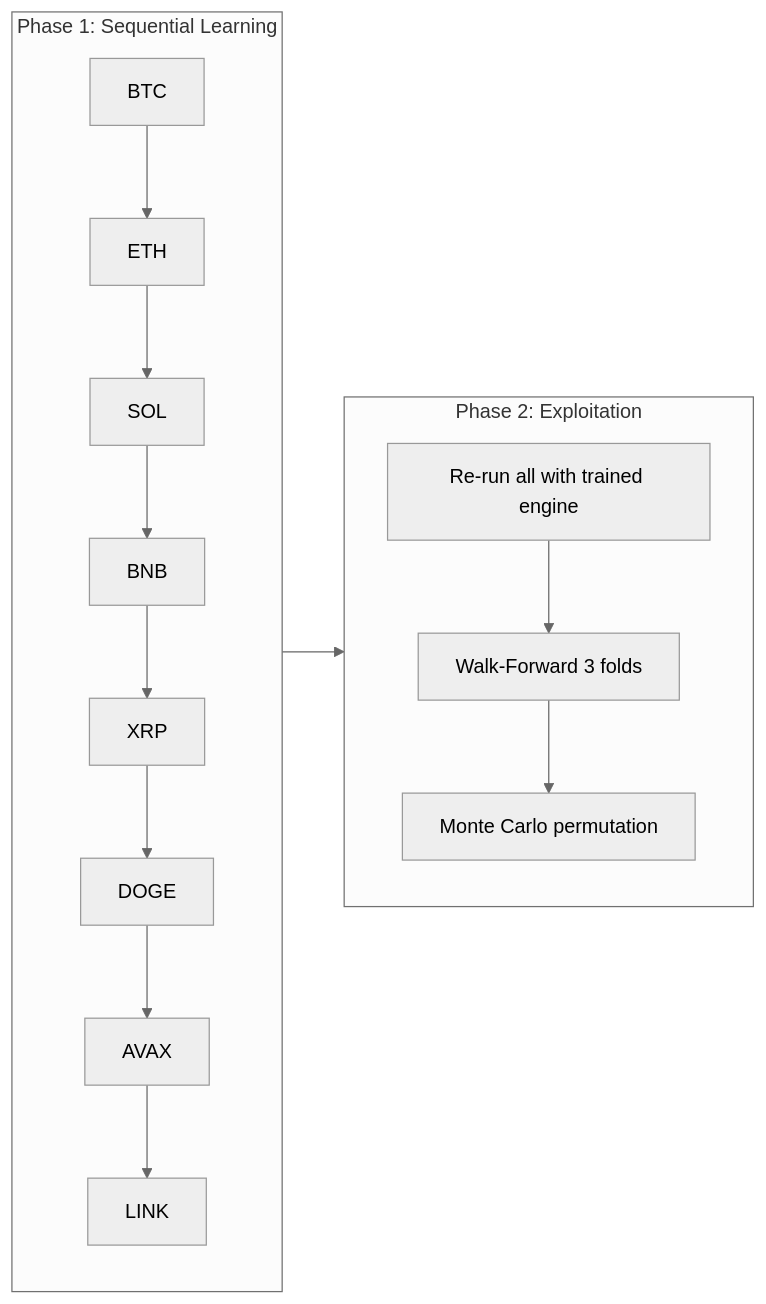
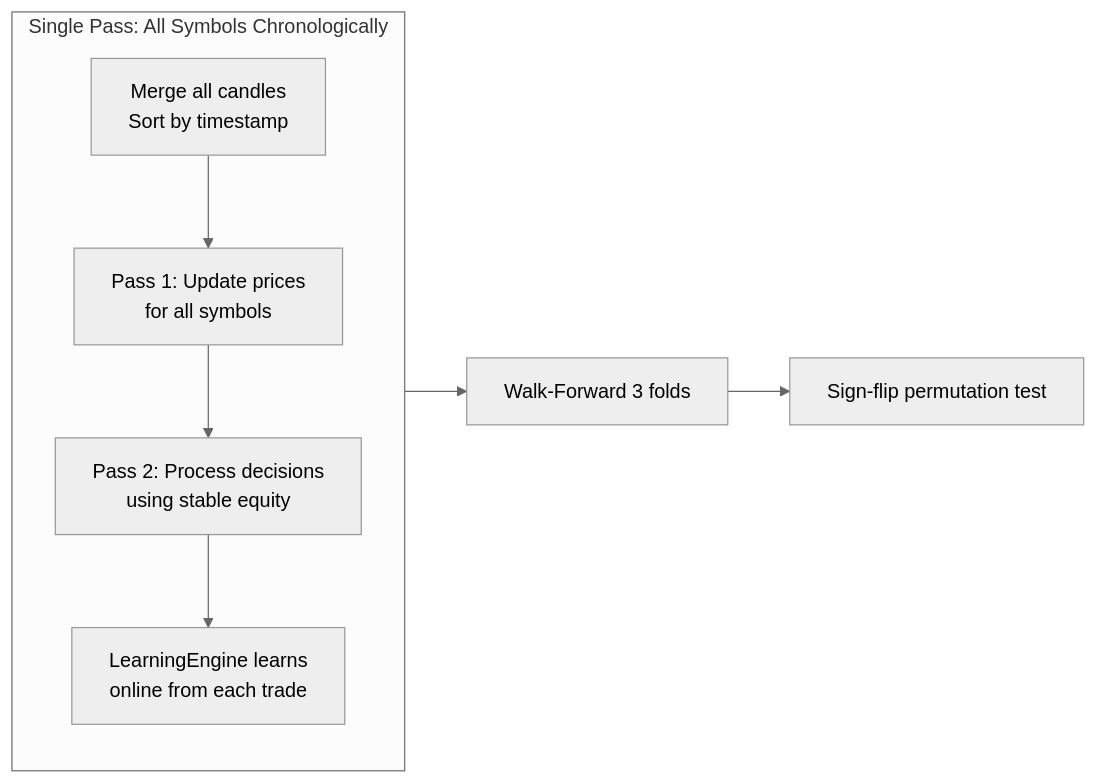
One commit to krejcif/rdex changed the second of 3 diagrams in docs/01-overview.md. Above: the diagram before and after it, drawn with Mermaid (neutral theme). The commit also changed other lines of this file and 13 other files, not shown here.

````diff
--- a/docs/01-overview.md
+++ b/docs/01-overview.md
@@ -54,13 +54,11 @@
 ```mermaid
 graph LR
-    subgraph Phase1[Phase 1: Sequential Learning]
-        BTC --> ETH --> SOL --> BNB --> XRP --> DOGE --> AVAX --> LINK
+    subgraph Interleaved[Single Pass: All Symbols Chronologically]
+        Timeline["Merge all candles<br/>Sort by timestamp"] --> Pass1["Pass 1: Update prices<br/>for all symbols"]
+        Pass1 --> Pass2["Pass 2: Process decisions<br/>using stable equity"]
+        Pass2 --> Learn["LearningEngine learns<br/>online from each trade"]
     end
 
-    subgraph Phase2[Phase 2: Exploitation]
-        Rerun[Re-run all with trained engine] --> WF[Walk-Forward 3 folds]
-        WF --> MC[Monte Carlo permutation]
-    end
-
-    Phase1 --> Phase2
+    Interleaved --> WF[Walk-Forward 3 folds]
+    WF --> MC[Sign-flip permutation test]
 ```
````
